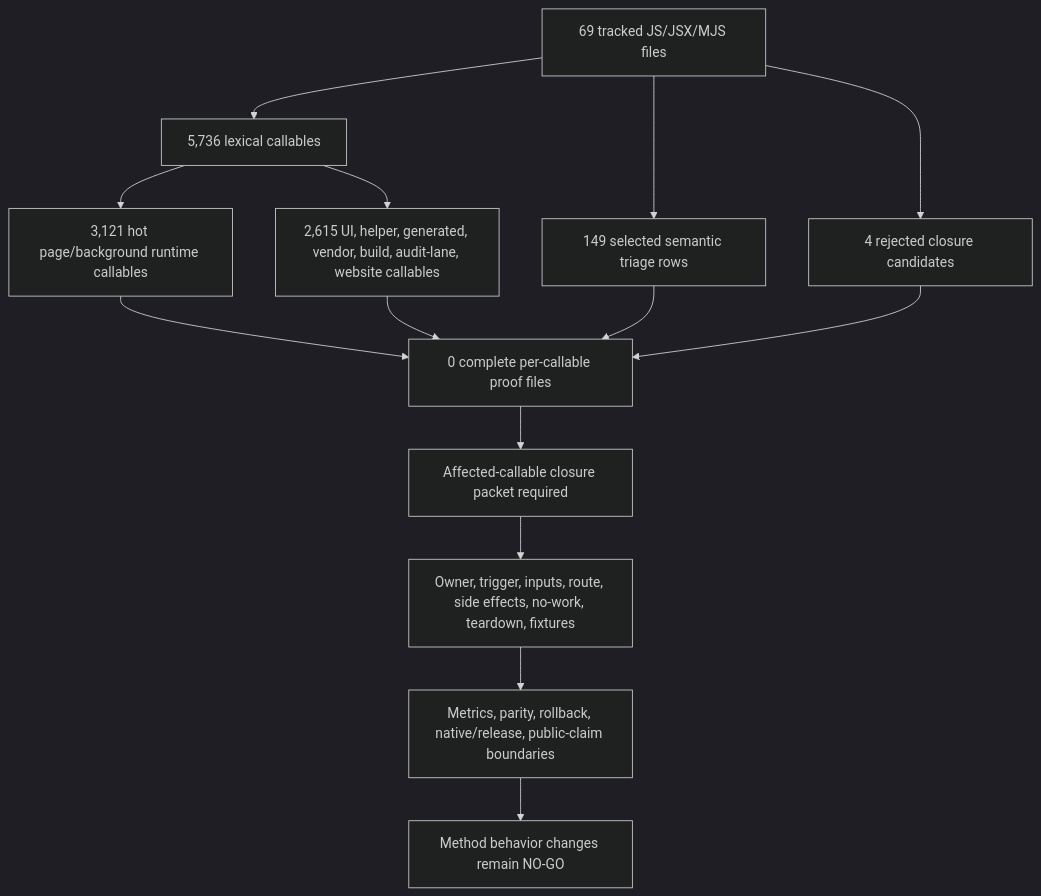
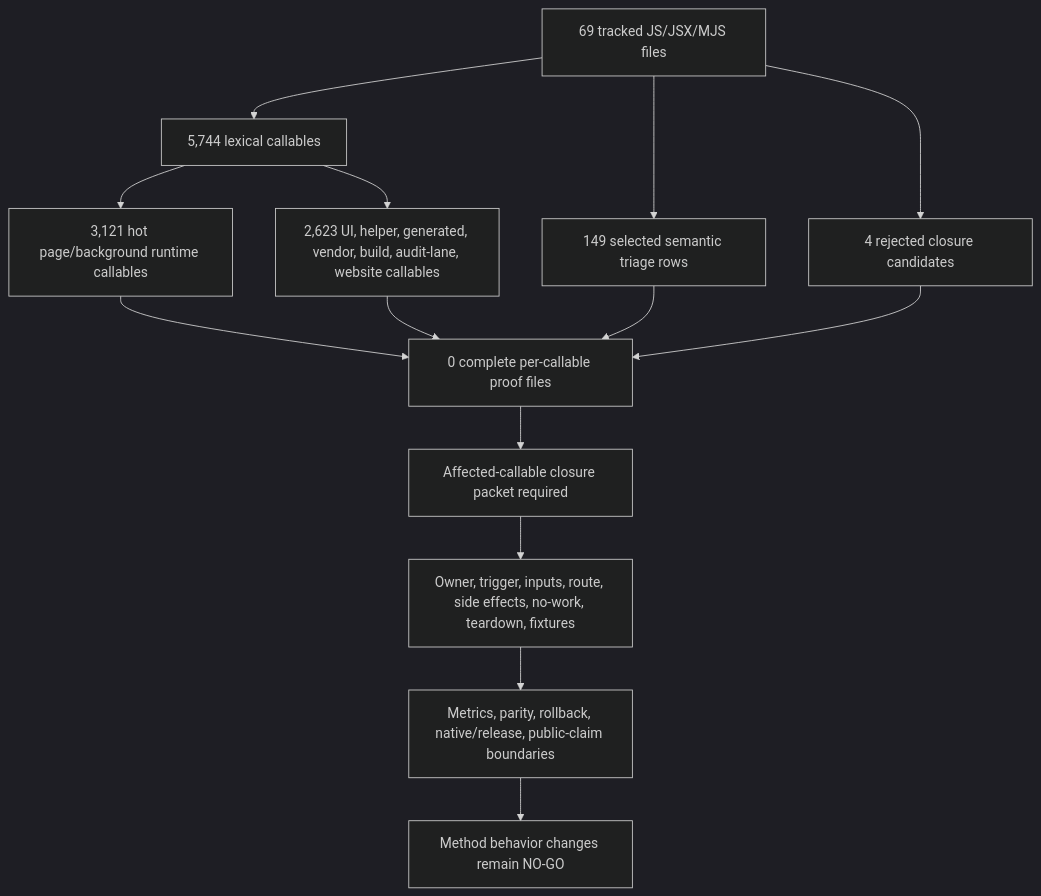
One commit to varshneydevansh/FilterTube changed the first of 2 diagrams in docs/audit/FILTERTUBE_METHOD_SEMANTIC_PROOF_GAP_INDEX_CURRENT_BEHAVIOR_2026-05-25.md. Above: the diagram before and after it, drawn with Mermaid (dark theme). The commit also changed other lines of this file and 615 other files, not shown here.

````diff
--- a/docs/audit/FILTERTUBE_METHOD_SEMANTIC_PROOF_GAP_INDEX_CURRENT_BEHAVIOR_2026-05-25.md
+++ b/docs/audit/FILTERTUBE_METHOD_SEMANTIC_PROOF_GAP_INDEX_CURRENT_BEHAVIOR_2026-05-25.md
@@ -130,16 +130,16 @@
 ```mermaid
 flowchart TD
-  A["69 tracked JS/JSX/MJS files"] --> B["5,736 lexical callables"]
+  A["69 tracked JS/JSX/MJS files"] --> B["5,744 lexical callables"]
   B --> C["3,121 hot page/background runtime callables"]
-  B --> D["2,615 UI, helper, generated, vendor, build, audit-lane, website callables"]
+  B --> D["2,623 UI, helper, generated, vendor, build, audit-lane, website callables"]
   A --> E["149 selected semantic triage rows"]
   A --> F["4 rejected closure candidates"]
   C --> G["0 complete per-callable proof files"]
   D --> G
   E --> G
   F --> G
   G --> H["Affected-callable closure packet required"]
   H --> I["Owner, trigger, inputs, route, side effects, no-work, teardown, fixtures"]
   I --> J["Metrics, parity, rollback, native/release, public-claim boundaries"]
   J --> K["Method behavior changes remain NO-GO"]
 ```
````
